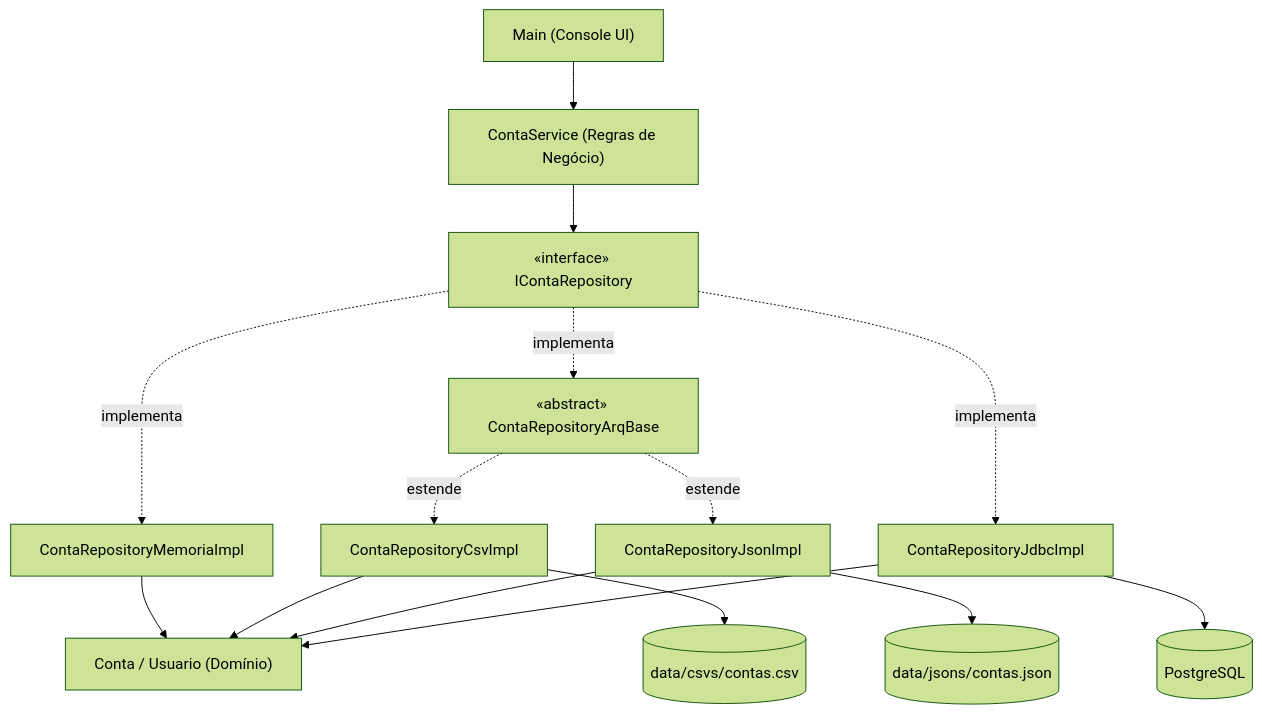
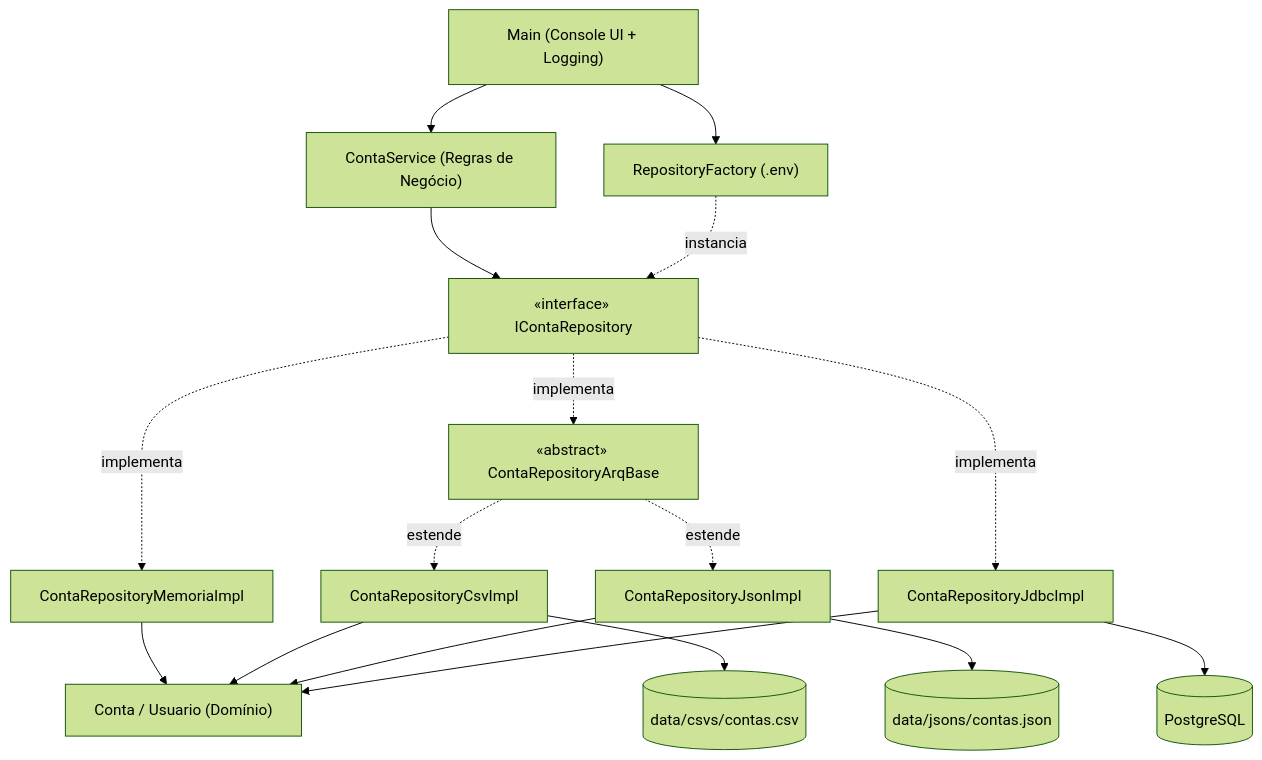
Before and after one commit to GabrielLineker/NexusNewBank: the diagram in README.md, drawn with Mermaid (forest theme). The commit also changed other lines of this file, not shown here.

Commit message:
docs: update README for v3.0 - RepositoryFactory, logging, and automated tests (JUnit 5, Mockito, Testcontainers)

````diff
--- a/README.md
+++ b/README.md
@@ -98,17 +111,19 @@
 ```mermaid
 flowchart TD
-    Main["Main (Console UI)"] --> Service["ContaService (Regras de Negócio)"]
+    Main["Main (Console UI + Logging)"] --> Factory["RepositoryFactory (.env)"]
+    Main --> Service["ContaService (Regras de Negócio)"]
     Service --> IRepo["«interface» IContaRepository"]
+    Factory -.instancia.-> IRepo
     IRepo -.implementa.-> Mem["ContaRepositoryMemoriaImpl"]
     IRepo -.implementa.-> Base["«abstract» ContaRepositoryArqBase"]
     IRepo -.implementa.-> Jdbc["ContaRepositoryJdbcImpl"]
     Base -.estende.-> Csv["ContaRepositoryCsvImpl"]
     Base -.estende.-> Json["ContaRepositoryJsonImpl"]
     Mem --> Domain["Conta / Usuario (Domínio)"]
     Csv --> Domain
     Json --> Domain
     Jdbc --> Domain
     Csv --> F1[("data/csvs/contas.csv")]
     Json --> F2[("data/jsons/contas.json")]
     Jdbc --> DB[("PostgreSQL")]
 ```
````
